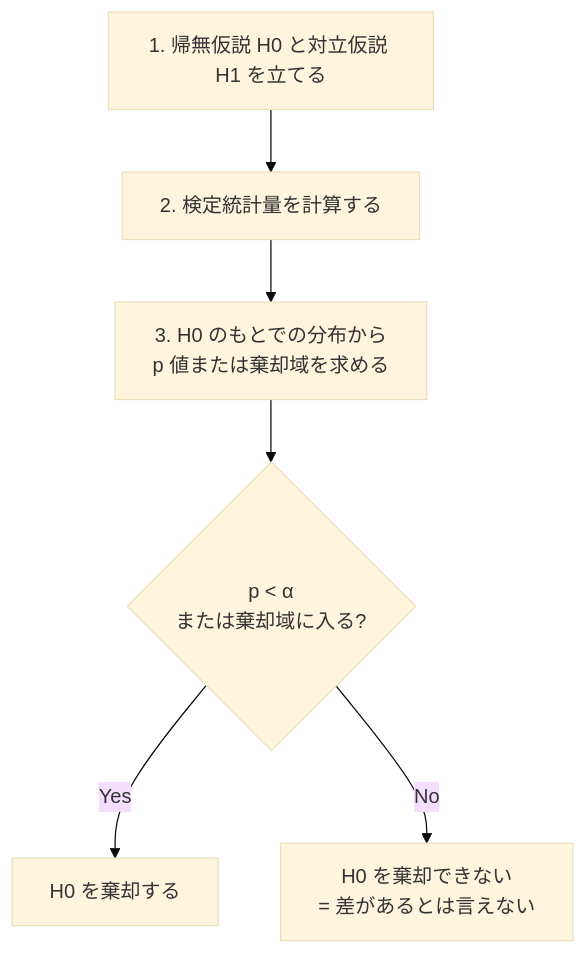
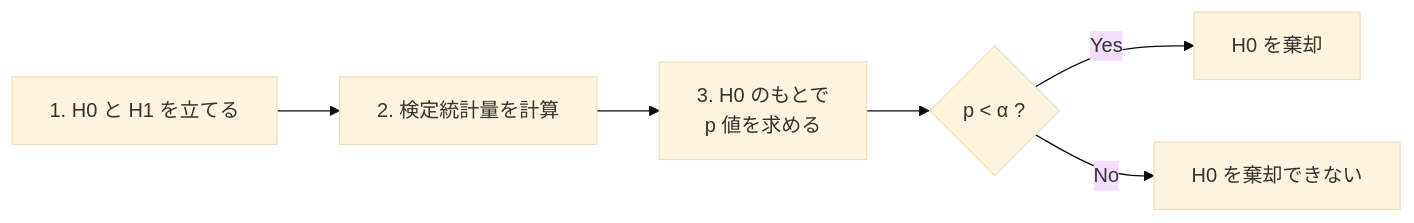
One commit to nao1215/debimate changed the diagram in projects/ml/notes/math/hypothesis-test/index.md. Above: the diagram before and after it, drawn with Mermaid (base theme). The commit also changed other lines of this file and 13 other files, not shown here.

````diff
--- a/projects/ml/notes/math/hypothesis-test/index.md
+++ b/projects/ml/notes/math/hypothesis-test/index.md
@@ -20,8 +28,8 @@
 ```mermaid
-graph TD
-    A["1. 帰無仮説 H0 と対立仮説 H1 を立てる"] --> B["2. 検定統計量を計算する"]
-    B --> C["3. H0 のもとでの分布から<br/>p 値または棄却域を求める"]
-    C --> D{"p &lt; α<br/>または棄却域に入る?"}
-    D -->|Yes| E["H0 を棄却する"]
-    D -->|No| F["H0 を棄却できない<br/>= 差があるとは言えない"]
+flowchart LR
+    A["1. H0 と H1 を立てる"] --> B["2. 検定統計量を計算"]
+    B --> C["3. H0 のもとで<br/>p 値を求める"]
+    C --> D{"p &lt; α ?"}
+    D -->|Yes| E["H0 を棄却"]
+    D -->|No| F["H0 を棄却できない"]
 ```
````
